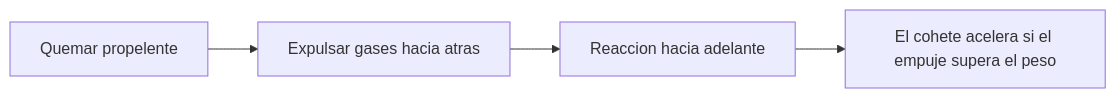
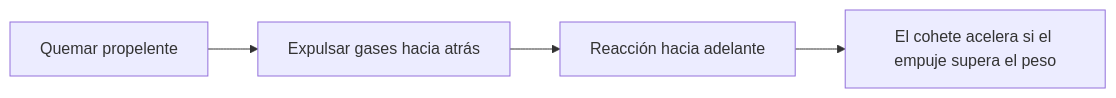
Before and after one commit to vladimiracunadev-create/machine-operator-program: the diagram in vehiculos/cohetes/operacion/principios-cohete.md, drawn with Mermaid. The commit also changed other lines of this file and 442 other files, not shown here.

````diff
--- a/vehiculos/cohetes/operacion/principios-cohete.md
+++ b/vehiculos/cohetes/operacion/principios-cohete.md
@@ -26,6 +26,6 @@
 ```mermaid
 flowchart LR
-    Quema[Quemar propelente] --> Gases[Expulsar gases hacia atras]
-    Gases --> Reaccion[Reaccion hacia adelante]
+    Quema[Quemar propelente] --> Gases[Expulsar gases hacia atrás]
+    Gases --> Reaccion[Reacción hacia adelante]
     Reaccion --> Sube[El cohete acelera si el empuje supera el peso]
 ```
````
